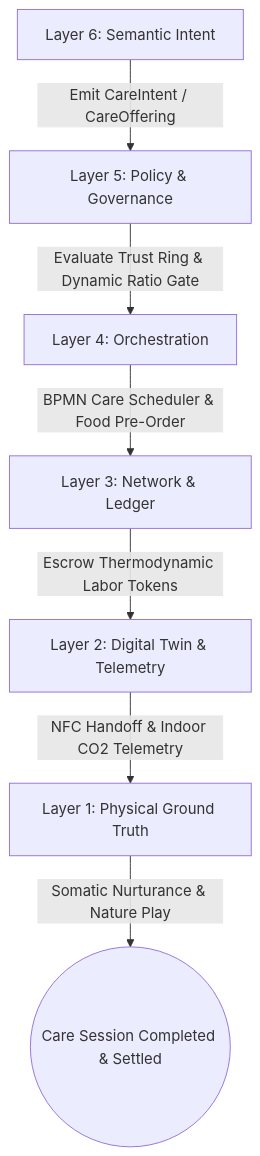
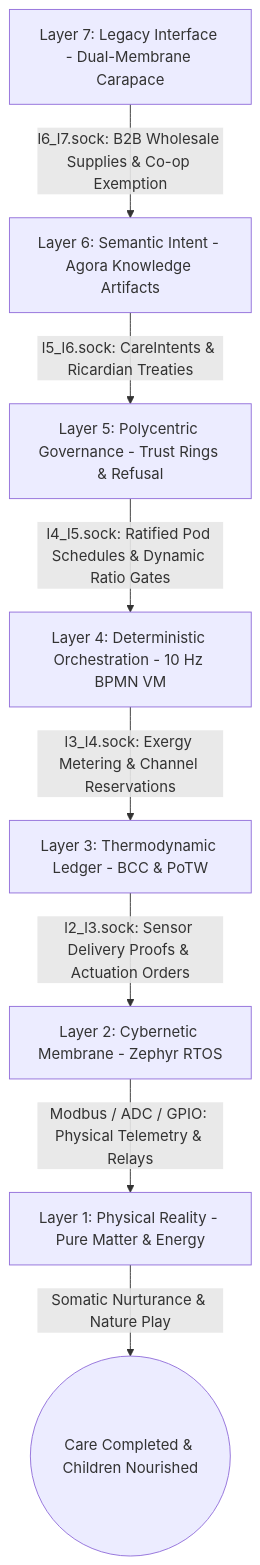
The first of 4 diagrams in docs/scenarios/delta_childcare.md (raffaine/collective), drawn with Mermaid before and after one commit. The commit also changed other lines of this file and 23 other files, not shown here.

````diff
--- a/docs/scenarios/delta_childcare.md
+++ b/docs/scenarios/delta_childcare.md
@@ -39,9 +42,10 @@
 ```mermaid
 graph TD
-    L6[Layer 6: Semantic Intent] -->|Emit CareIntent / CareOffering| L5[Layer 5: Policy & Governance]
-    L5 -->|Evaluate Trust Ring & Dynamic Ratio Gate| L4[Layer 4: Orchestration]
-    L4 -->|BPMN Care Scheduler & Food Pre-Order| L3[Layer 3: Network & Ledger]
-    L3 -->|Escrow Thermodynamic Labor Tokens| L2[Layer 2: Digital Twin & Telemetry]
-    L2 -->|NFC Handoff & Indoor CO2 Telemetry| L1[Layer 1: Physical Ground Truth]
-    L1 -->|Somatic Nurturance & Nature Play| End((Care Session Completed & Settled))
+    L7[Layer 7: Legacy Interface - Dual-Membrane Carapace] -->|l6_l7.sock: B2B Wholesale Supplies & Co-op Exemption| L6[Layer 6: Semantic Intent - Agora Knowledge Artifacts]
+    L6 -->|l5_l6.sock: CareIntents & Ricardian Treaties| L5[Layer 5: Polycentric Governance - Trust Rings & Refusal]
+    L5 -->|l4_l5.sock: Ratified Pod Schedules & Dynamic Ratio Gates| L4[Layer 4: Deterministic Orchestration - 10 Hz BPMN VM]
+    L4 -->|l3_l4.sock: Exergy Metering & Channel Reservations| L3[Layer 3: Thermodynamic Ledger - BCC & PoTW]
+    L3 -->|l2_l3.sock: Sensor Delivery Proofs & Actuation Orders| L2[Layer 2: Cybernetic Membrane - Zephyr RTOS]
+    L2 -->|Modbus / ADC / GPIO: Physical Telemetry & Relays| L1[Layer 1: Physical Reality - Pure Matter & Energy]
+    L1 -->|Somatic Nurturance & Nature Play| End((Care Completed & Children Nourished))
 ```
````
